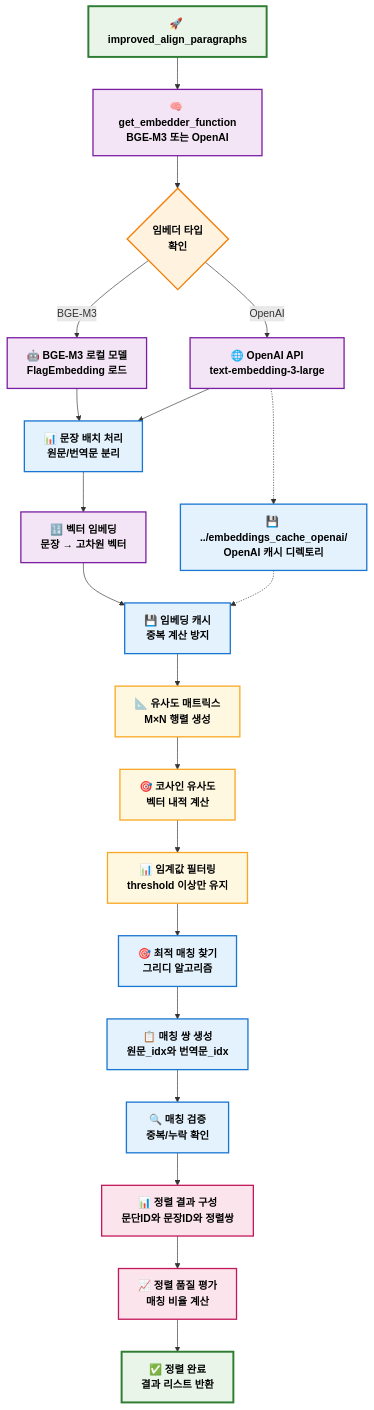
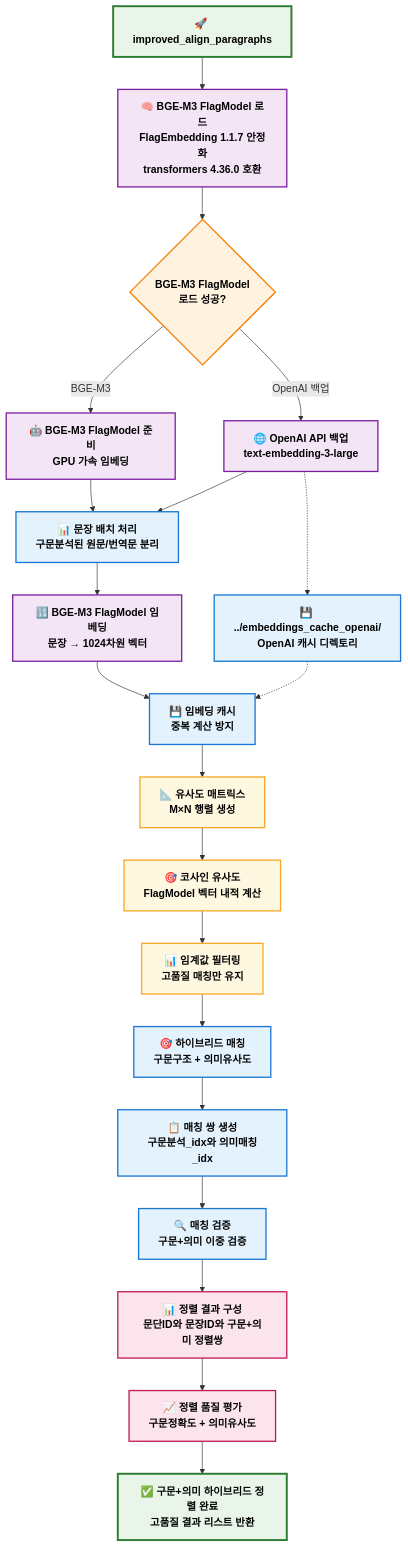
One commit to hw725/CSP changed the fifth of 6 diagrams in etc/PA_디렉토리_플로우차트.md. Above: the diagram before and after it, drawn with Mermaid. The commit also changed other lines of this file and 439 other files, not shown here.

````diff
--- a/etc/PA_디렉토리_플로우차트.md
+++ b/etc/PA_디렉토리_플로우차트.md
@@ -265,61 +268,61 @@
 ```mermaid
 flowchart TD
     %% 스타일 정의
     classDef startEnd fill:#e8f5e8,stroke:#2e7d32,stroke-width:3px,color:#000,font-weight:bold
     classDef process fill:#e3f2fd,stroke:#1976d2,stroke-width:2px,color:#000,font-weight:bold
     classDef decision fill:#fff3e0,stroke:#f57c00,stroke-width:2px,color:#000,font-weight:bold
     classDef embedder fill:#f3e5f5,stroke:#7b1fa2,stroke-width:2px,color:#000,font-weight:bold
     classDef similarity fill:#fff8e1,stroke:#f9a825,stroke-width:2px,color:#000,font-weight:bold
     classDef output fill:#fce4ec,stroke:#c2185b,stroke-width:2px,color:#000,font-weight:bold
     
     A[🚀 improved_align_paragraphs]:::startEnd
     
-    %% 임베더 초기화
-    B[🧠 get_embedder_function<br/>BGE-M3 또는 OpenAI]:::embedder
-    C{임베더 타입<br/>확인}:::decision
-    D[🤖 BGE-M3 로컬 모델<br/>FlagEmbedding 로드]:::embedder
-    E[🌐 OpenAI API<br/>text-embedding-3-large]:::embedder
+    %% BGE-M3 FlagModel 초기화
+    B[🧠 BGE-M3 FlagModel 로드<br/>FlagEmbedding 1.1.7 안정화<br/>transformers 4.36.0 호환]:::embedder
+    C{BGE-M3 FlagModel<br/>로드 성공?}:::decision
+    D[🤖 BGE-M3 FlagModel 준비<br/>GPU 가속 임베딩]:::embedder
+    E[🌐 OpenAI API 백업<br/>text-embedding-3-large]:::embedder
     
     %% 임베딩 처리
-    F[📊 문장 배치 처리<br/>원문/번역문 분리]:::process
-    G[🔢 벡터 임베딩<br/>문장 → 고차원 벡터]:::embedder
+    F[📊 문장 배치 처리<br/>구문분석된 원문/번역문 분리]:::process
+    G[🔢 BGE-M3 FlagModel 임베딩<br/>문장 → 1024차원 벡터]:::embedder
     H[💾 임베딩 캐시<br/>중복 계산 방지]:::process
     
     %% 유사도 계산
     I[📐 유사도 매트릭스<br/>M×N 행렬 생성]:::similarity
-    J[🎯 코사인 유사도<br/>벡터 내적 계산]:::similarity
-    K[📊 임계값 필터링<br/>threshold 이상만 유지]:::similarity
+    J[🎯 코사인 유사도<br/>FlagModel 벡터 내적 계산]:::similarity
+    K[📊 임계값 필터링<br/>고품질 매칭만 유지]:::similarity
     
-    %% 정렬 알고리즘
-    L[🎯 최적 매칭 찾기<br/>그리디 알고리즘]:::process
-    M[📋 매칭 쌍 생성<br/>원문_idx와 번역문_idx]:::process
-    N[🔍 매칭 검증<br/>중복/누락 확인]:::process
+    %% 구문+의미 하이브리드 정렬
+    L[🎯 하이브리드 매칭<br/>구문구조 + 의미유사도]:::process
+    M[📋 매칭 쌍 생성<br/>구문분석_idx와 의미매칭_idx]:::process
+    N[🔍 매칭 검증<br/>구문+의미 이중 검증]:::process
     
     %% 결과 생성
-    O[📊 정렬 결과 구성<br/>문단ID와 문장ID와 정렬쌍]:::output
-    P[📈 정렬 품질 평가<br/>매칭 비율 계산]:::output
-    Q[✅ 정렬 완료<br/>결과 리스트 반환]:::startEnd
+    O[📊 정렬 결과 구성<br/>문단ID와 문장ID와 구문+의미 정렬쌍]:::output
+    P[📈 정렬 품질 평가<br/>구문정확도 + 의미유사도]:::output
+    Q[✅ 구문+의미 하이브리드 정렬 완료<br/>고품질 결과 리스트 반환]:::startEnd
     
     A --> B
     B --> C
     C -->|BGE-M3| D
-    C -->|OpenAI| E
+    C -->|OpenAI 백업| E
     D --> F
     E --> F
     F --> G
     G --> H
     H --> I
     I --> J
     J --> K
     K --> L
     L --> M
     M --> N
     N --> O
     O --> P
     P --> Q
     
     %% 캐시 연결
     R[💾 ../embeddings_cache_openai/<br/>OpenAI 캐시 디렉토리]:::process
     E -.-> R
     R -.-> H
 ```
````
